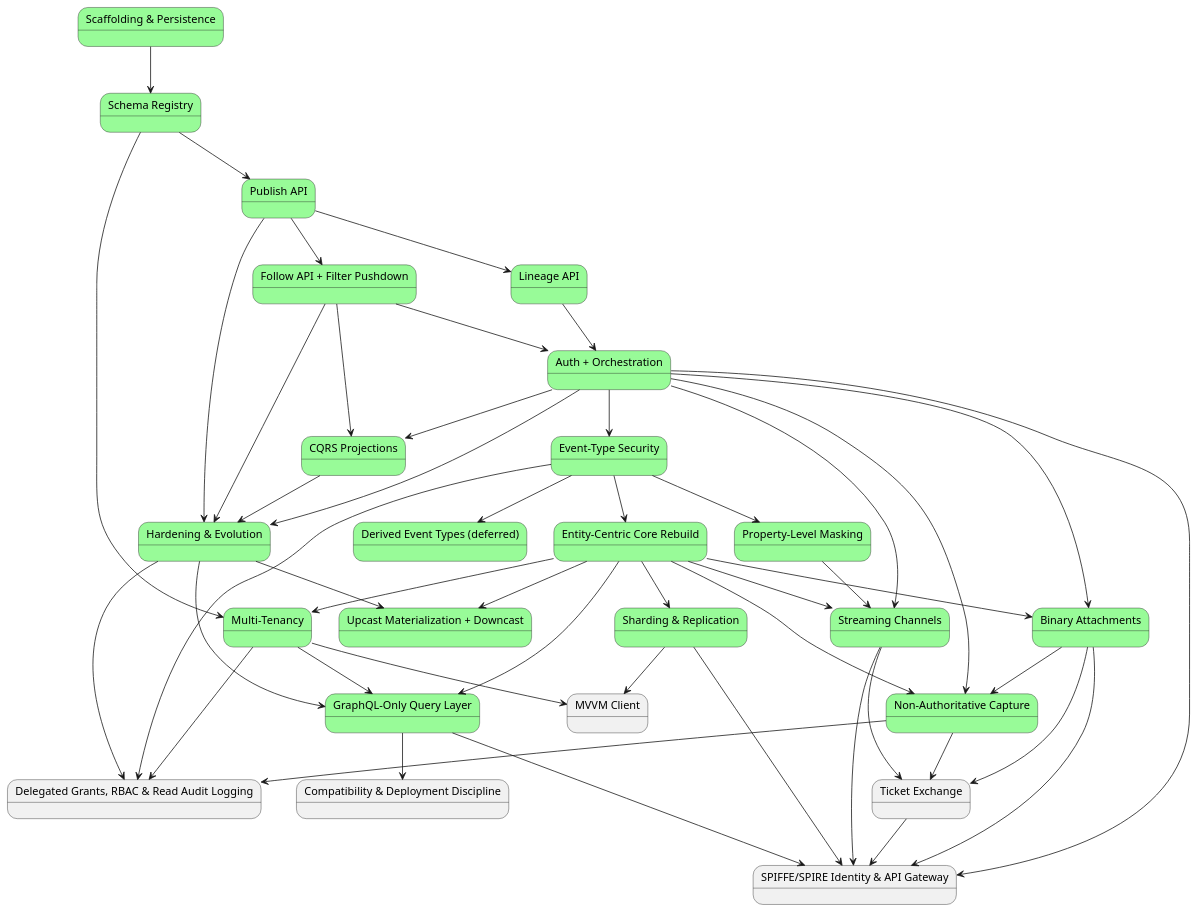
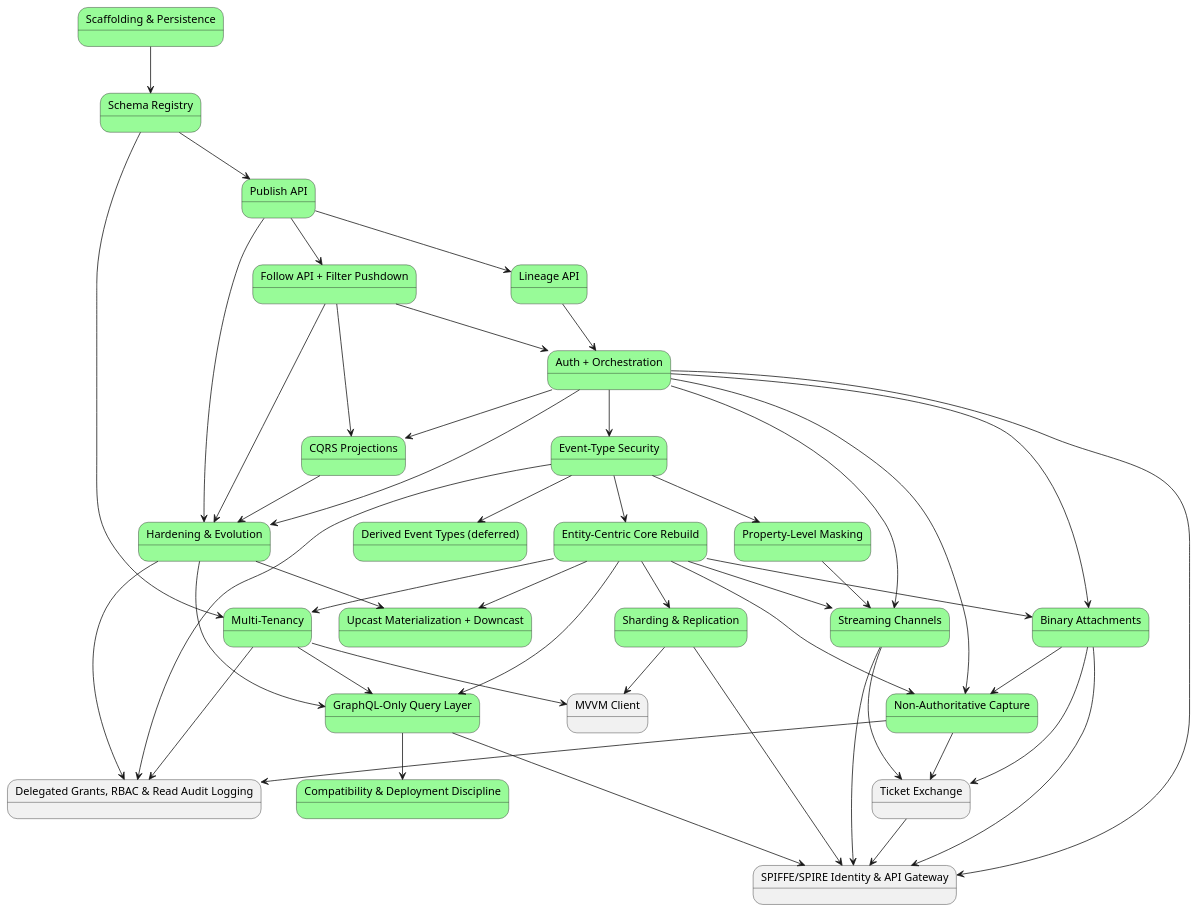
Before and after one commit to Mwwhited-BookLearning/EventSourcing: the first of 2 diagrams in docs/08-build-plan.md, drawn with PlantUML. The commit also changed other lines of this file and 14 other files, not shown here.

First line of the commit message:
Build Compatibility & Deployment Discipline (build-plan item 20)

````diff
--- a/docs/08-build-plan.md
+++ b/docs/08-build-plan.md
@@ -156,77 +156,77 @@
 ```plantuml
 @startuml BuildPlan_CorePhases
 state "Scaffolding & Persistence" as p0 #palegreen
 state "Schema Registry" as p1 #palegreen
 state "Publish API" as p2 #palegreen
 state "Lineage API" as p3 #palegreen
 state "Follow API + Filter Pushdown" as p4 #palegreen
 state "Auth + Orchestration" as p5 #palegreen
 state "Event-Type Security" as p6 #palegreen
 state "Derived Event Types (deferred)" as p7 #palegreen
 state "Property-Level Masking" as p8 #palegreen
 state "CQRS Projections" as p9 #palegreen
 state "Hardening & Evolution" as p10 #palegreen
 state "Entity-Centric Core Rebuild" as p11 #palegreen
 state "Multi-Tenancy" as p12 #palegreen
 state "Upcast Materialization + Downcast" as p13 #palegreen
 state "Streaming Channels" as p14 #palegreen
 state "Binary Attachments" as p15 #palegreen
 state "Sharding & Replication" as p16 #palegreen
 state "Non-Authoritative Capture" as p17 #palegreen
 state "GraphQL-Only Query Layer" as p18 #palegreen
-state "Compatibility & Deployment Discipline" as p19
+state "Compatibility & Deployment Discipline" as p19 #palegreen
 state "MVVM Client" as p20
 state "Ticket Exchange" as p21
 state "Delegated Grants, RBAC & Read Audit Logging" as p22
 state "SPIFFE/SPIRE Identity & API Gateway" as p23
 
 p0 --> p1
 p1 --> p2
 p2 --> p3
 p2 --> p4
 p3 --> p5
 p4 --> p5
 p5 --> p6
 p6 --> p7
 p6 --> p8
 p4 --> p9
 p5 --> p9
 p5 --> p10
 p2 --> p10
 p4 --> p10
 p9 --> p10
 p6 --> p11
 p1 --> p12
 p11 --> p12
 p10 --> p13
 p11 --> p13
 p5 --> p14
 p11 --> p14
 p8 --> p14
 p5 --> p15
 p11 --> p15
 p11 --> p16
 p11 --> p17
 p5 --> p17
 p15 --> p17
 p11 --> p18
 p12 --> p18
 p10 --> p18
 p18 --> p19
 p12 --> p20
 p16 --> p20
 p14 --> p21
 p15 --> p21
 p17 --> p21
 p17 --> p22
 p6 --> p22
 p12 --> p22
 p10 --> p22
 p5 --> p23
 p16 --> p23
 p14 --> p23
 p15 --> p23
 p18 --> p23
 p21 --> p23
 @enduml
 ```
````
